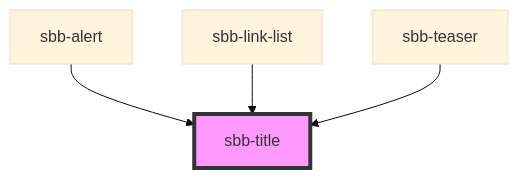
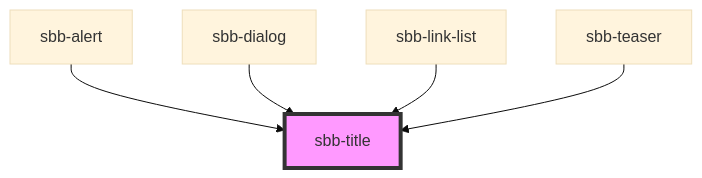
The diagram in src/components/sbb-title/readme.md (sbb-design-systems/lyne-components), drawn with Mermaid (base theme) before and after one commit. The commit also changed other lines of this file and 13 other files, not shown here.

Commit message:
feat: introduce sbb-dialog component

````diff
--- a/src/components/sbb-title/readme.md
+++ b/src/components/sbb-title/readme.md
@@ -31,7 +32,8 @@
 ```mermaid
 graph TD;
   sbb-alert --> sbb-title
+  sbb-dialog --> sbb-title
   sbb-link-list --> sbb-title
   sbb-teaser --> sbb-title
   style sbb-title fill:#f9f,stroke:#333,stroke-width:4px
 ```
````
